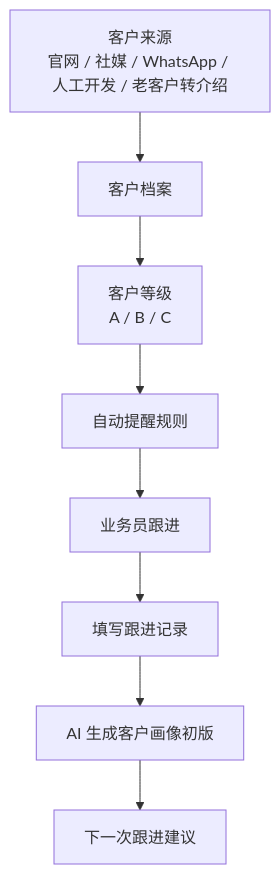
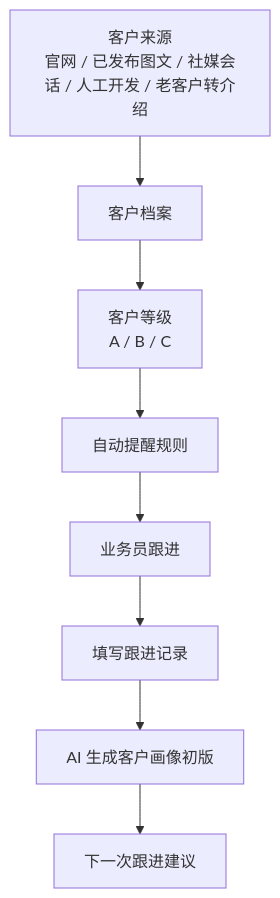
One commit to jueyunai/ivybm changed the fifth of 6 diagrams in docs/requirements/一期需求说明文档.md. Above: the diagram before and after it, drawn with Mermaid. The commit also changed other lines of this file and 15 other files, not shown here.

````diff
--- a/docs/requirements/一期需求说明文档.md
+++ b/docs/requirements/一期需求说明文档.md
@@ -364,10 +367,10 @@
 ```mermaid
 flowchart TB
-    A["客户来源<br/>官网 / 社媒 / WhatsApp / 人工开发 / 老客户转介绍"] --> B["客户档案"]
+    A["客户来源<br/>官网 / 已发布图文 / 社媒会话 / 人工开发 / 老客户转介绍"] --> B["客户档案"]
     B --> C["客户等级<br/>A / B / C"]
     C --> D["自动提醒规则"]
     D --> E["业务员跟进"]
     E --> F["填写跟进记录"]
     F --> G["AI 生成客户画像初版"]
     G --> H["下一次跟进建议"]
 ```
````
